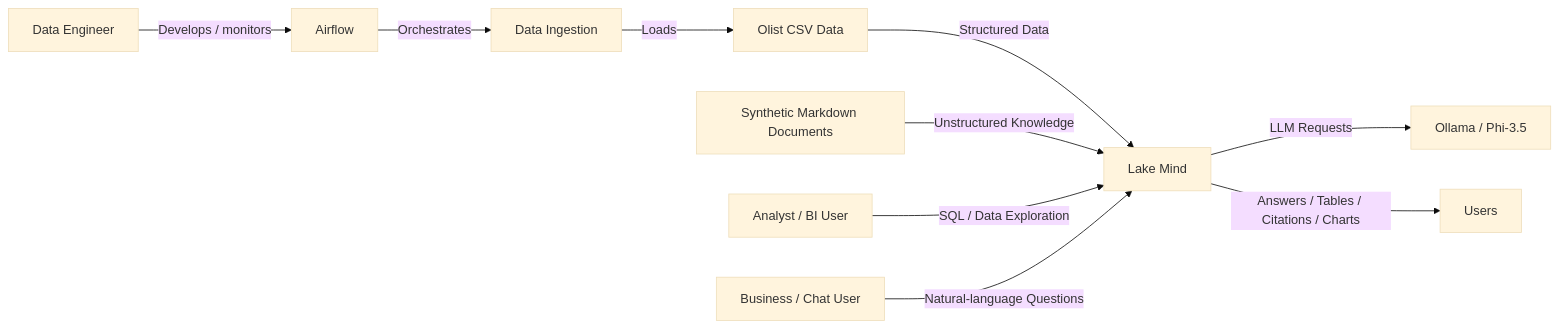
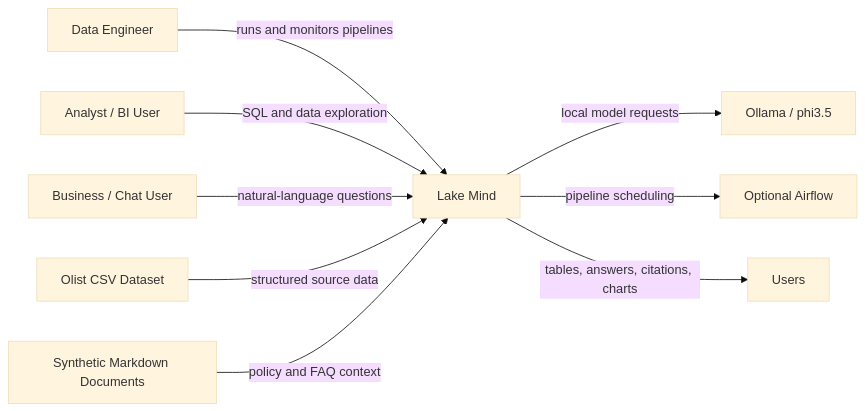
One commit to Pavan164-ml/LakeMind-AI-Powered-Lakehouse-Platform- changed the first of 11 diagrams in project_architecture.md. Above: the diagram before and after it, drawn with Mermaid (base theme). The commit also changed other lines of this file, not shown here.

````diff
--- a/project_architecture.md
+++ b/project_architecture.md
@@ -55,16 +55,11 @@
 ```mermaid
 flowchart LR
-
-    DE[Data Engineer] -->|Develops / monitors| AIRFLOW[Airflow]
-    AIRFLOW -->|Orchestrates| INGEST[Data Ingestion]
-    INGEST -->|Loads| OLIST[Olist CSV Data]
-
-    OLIST -->|Structured Data| LM[Lake Mind]
-    DOCS[Synthetic Markdown Documents] -->|Unstructured Knowledge| LM
-
-    ANALYST[Analyst / BI User] -->|SQL / Data Exploration| LM
-    USER[Business / Chat User] -->|Natural-language Questions| LM
-
-    LM -->|LLM Requests| OLLAMA[Ollama / Phi-3.5]
-    LM -->|Answers / Tables / Citations / Charts| USERS[Users]
+    DE["Data Engineer"] -->|runs and monitors pipelines| LM["Lake Mind"]
+    ANALYST["Analyst / BI User"] -->|SQL and data exploration| LM
+    USER["Business / Chat User"] -->|natural-language questions| LM
+    OLIST["Olist CSV Dataset"] -->|structured source data| LM
+    DOCS["Synthetic Markdown Documents"] -->|policy and FAQ context| LM
+    LM -->|local model requests| OLLAMA["Ollama / phi3.5"]
+    LM -->|pipeline scheduling| AIRFLOW["Optional Airflow"]
+    LM -->|tables, answers, citations, charts| USERS["Users"]
 ```
````
